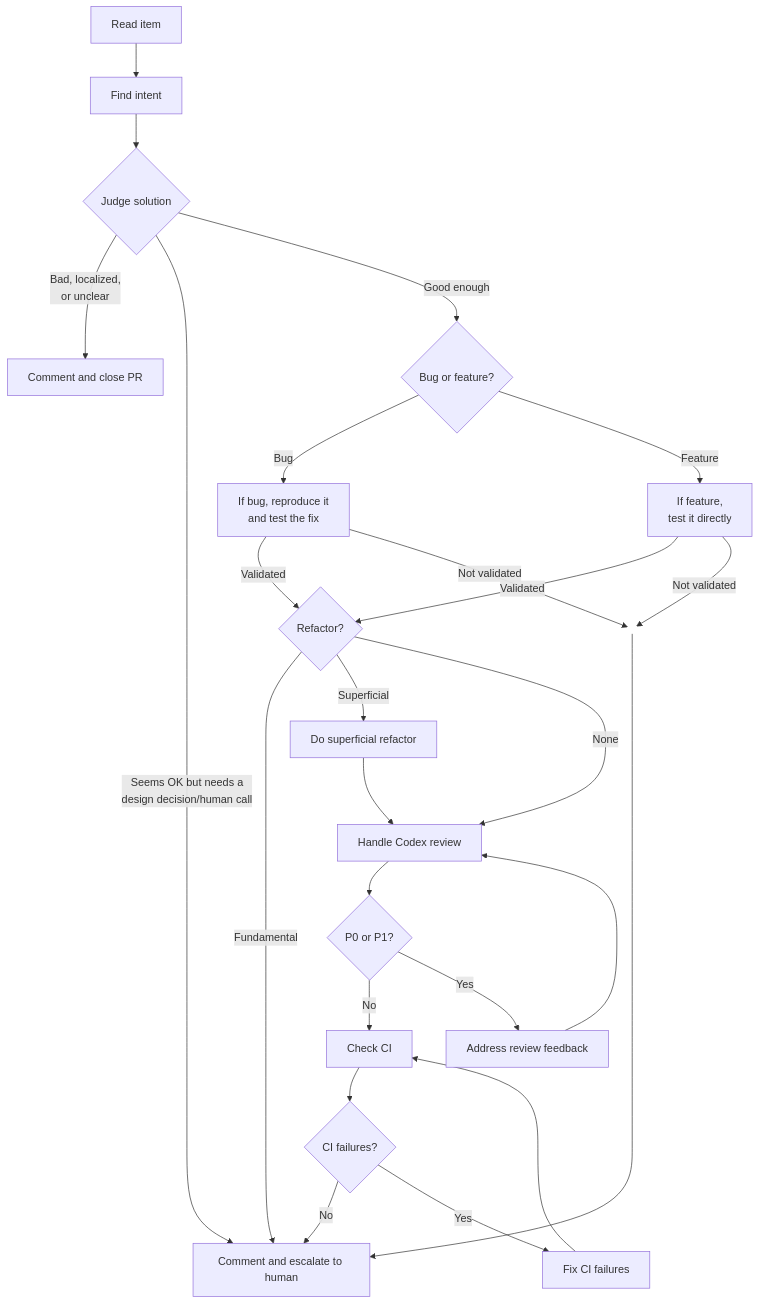
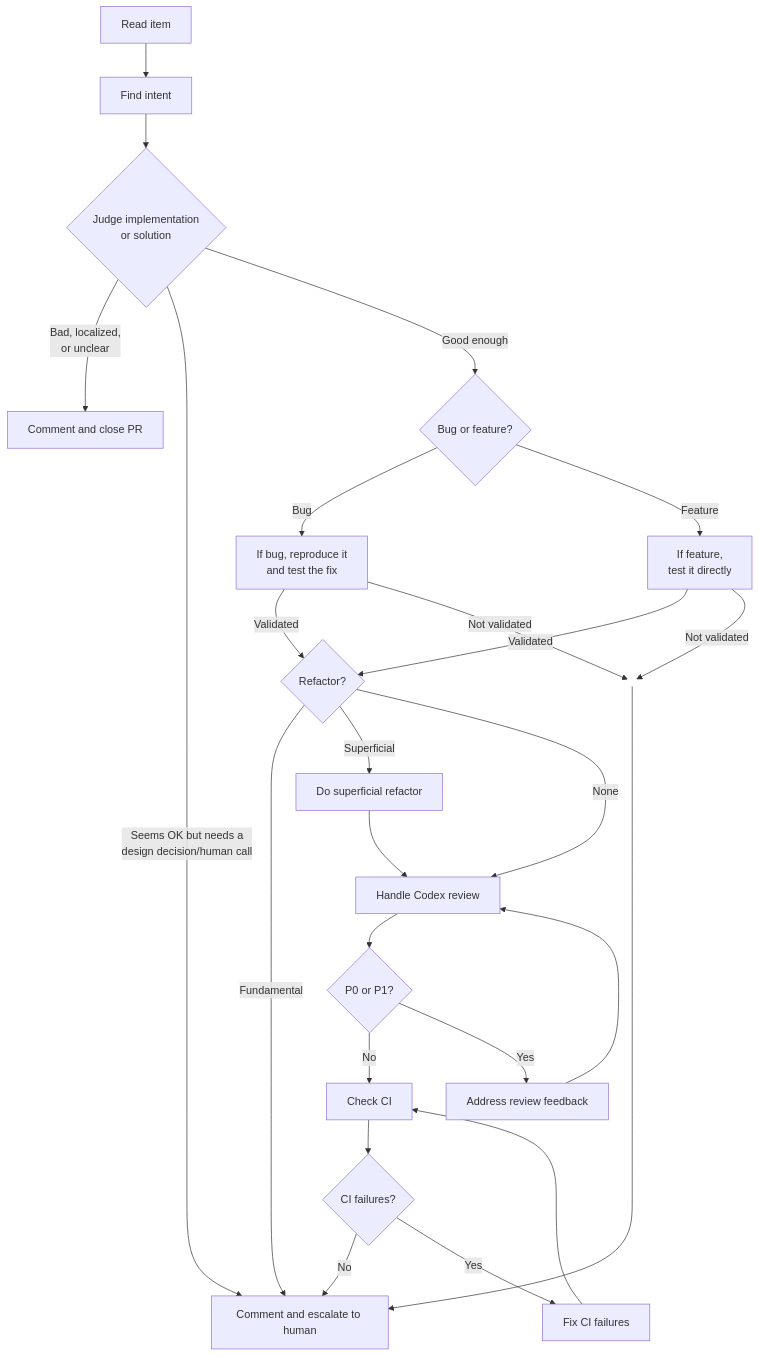
One commit to osolmaz/tools changed the diagram in agents/prompts/pr-issue-triage.md. Above: the diagram before and after it, drawn with Mermaid. The commit also changed other lines of this file, not shown here.

Commit message:
Rename solution judgment label

````diff
--- a/agents/prompts/pr-issue-triage.md
+++ b/agents/prompts/pr-issue-triage.md
@@ -5,34 +5,34 @@
 ```mermaid
 flowchart TD
     classDef hidden fill:none,stroke:none,color:none,stroke-width:0px;
     A[Read item] --> B[Find intent]
-    B --> C{Judge solution}
+    B --> C{"Judge implementation<br/>or solution"}
 
     C -->|"Bad, localized,<br/>or unclear"| D[Comment and close PR]
     C -->|"Seems OK but needs a<br/>design decision/human call"| E[Comment and escalate to human]
     C -->|Good enough| V{Bug or feature?}
 
     V -->|Bug| P[If bug, reproduce it<br/>and test the fix]
     V -->|Feature| T[If feature,<br/>test it directly]
 
     P -->|Validated| F{Refactor?}
     T -->|Validated| F
     P -->|"Not validated"| X(( ))
     T -->|"Not validated"| X
     X --> E
     class X hidden
 
     F -->|Fundamental| E
     F -->|Superficial| R[Do superficial refactor]
     F -->|None| G[Handle Codex review]
     R --> G
 
     G --> H{P0 or P1?}
     H -->|No| J[Check CI]
     H -->|Yes| I[Address review feedback]
     I --> G
     J --> K{CI failures?}
     K -->|No| E
     K -->|Yes| L[Fix CI failures]
     L --> J
 ```
````
